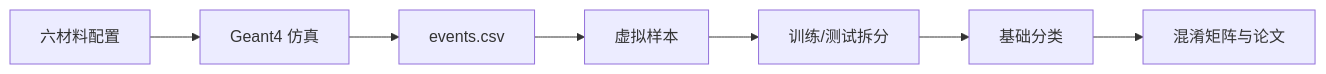
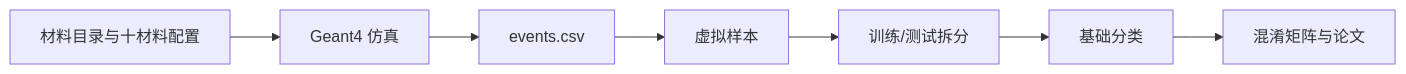
Before and after one commit to dydpop/xrt-sorter-geant4-undergrad-guide: the diagram in docs/FINAL_ELEMENTARY_REVIEW_zh.md, drawn with Mermaid. The commit also changed other lines of this file and 36 other files, not shown here.

````diff
--- a/docs/FINAL_ELEMENTARY_REVIEW_zh.md
+++ b/docs/FINAL_ELEMENTARY_REVIEW_zh.md
@@ -11,9 +11,9 @@
 ```mermaid
 flowchart LR
-    A["六材料配置"] --> B["Geant4 仿真"]
+    A["材料目录与十材料配置"] --> B["Geant4 仿真"]
     B --> C["events.csv"]
     C --> D["虚拟样本"]
     D --> E["训练/测试拆分"]
     E --> F["基础分类"]
     F --> G["混淆矩阵与论文"]
 ```
````
